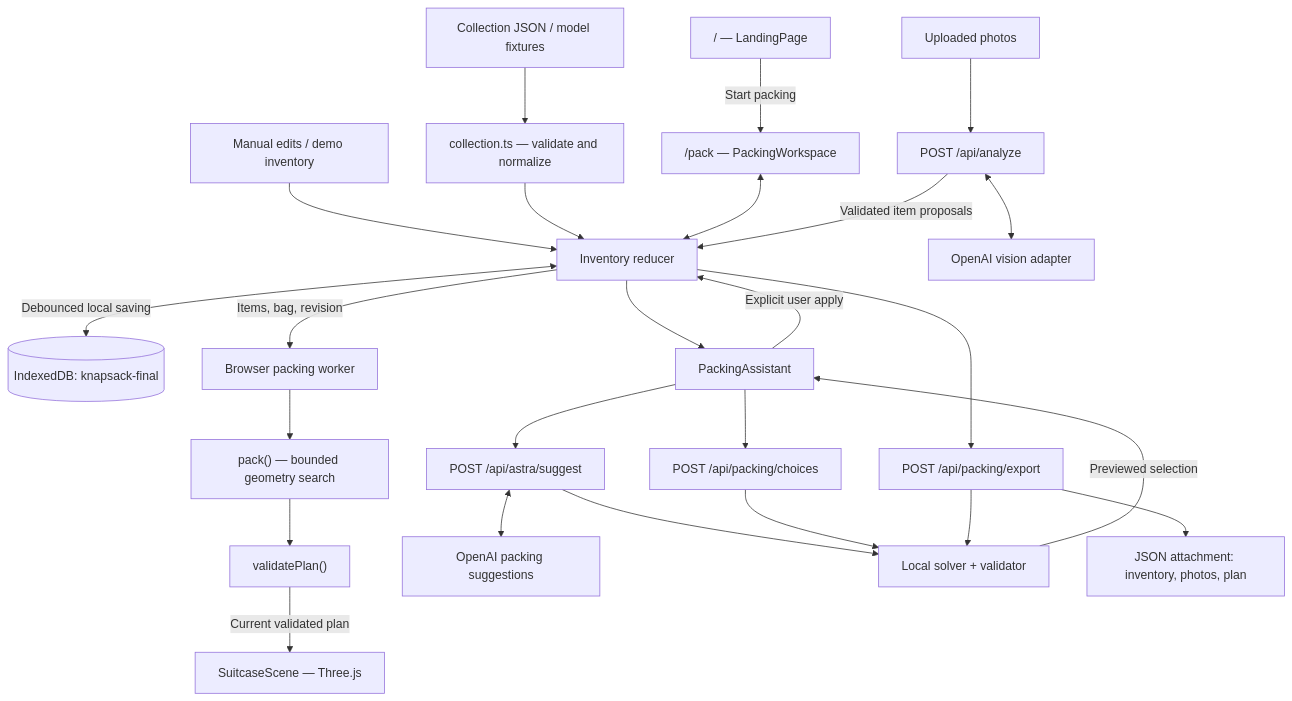
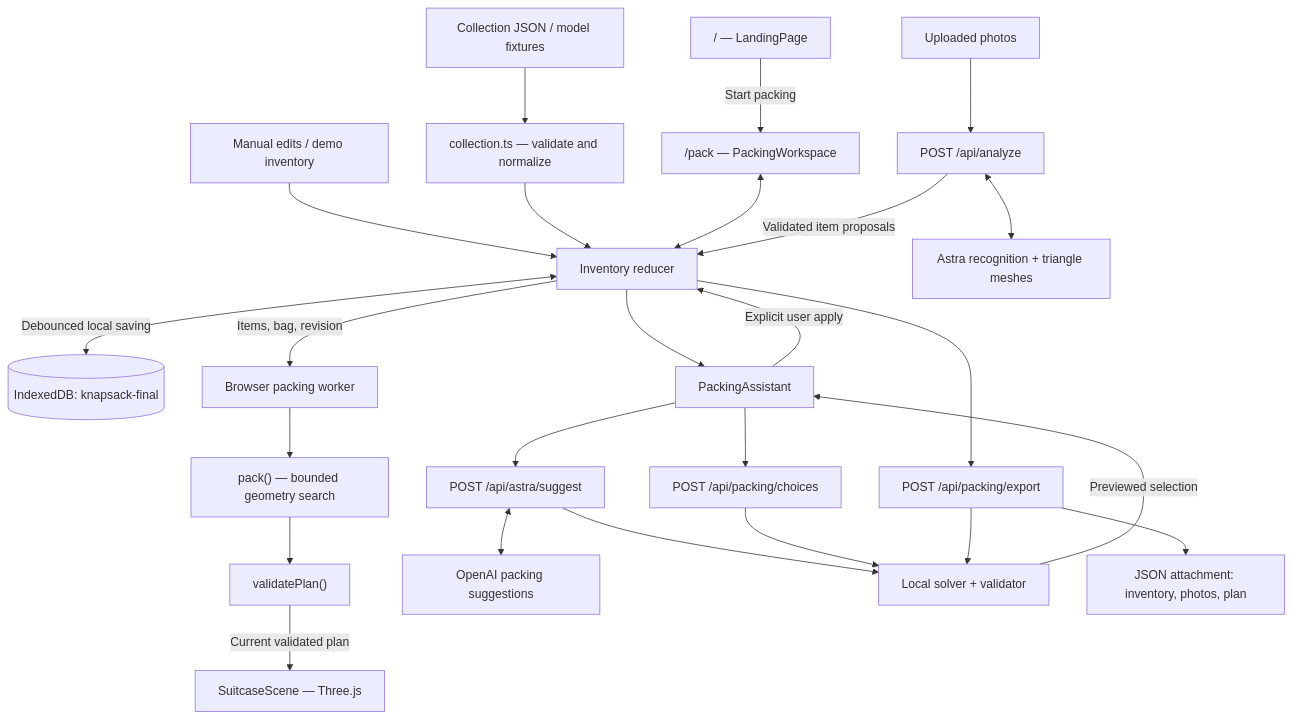
Before and after one commit to Xan1237/knapsack: the diagram in docs/architecture.md, drawn with Mermaid. The commit also changed other lines of this file and 40 other files, not shown here.

Commit message:
Generate item meshes with Astra and animate a two-sided suitcase

````diff
--- a/docs/architecture.md
+++ b/docs/architecture.md
@@ -19,27 +19,27 @@
 ```mermaid
 flowchart TD
   Landing["/ — LandingPage"] -->|Start packing| Workspace["/pack — PackingWorkspace"]
   Manual["Manual edits / demo inventory"] --> State["Inventory reducer"]
   Import["Collection JSON / model fixtures"] --> Adapter["collection.ts — validate and normalize"]
   Adapter --> State
   Workspace <--> State
   State <-->|Debounced local saving| DB[("IndexedDB: knapsack-final")]
   Photos["Uploaded photos"] --> Analyze["POST /api/analyze"]
-  Analyze <--> Vision["OpenAI vision adapter"]
+  Analyze <--> Vision["Astra recognition + triangle meshes"]
   Analyze -->|Validated item proposals| State
   State -->|Items, bag, revision| Worker["Browser packing worker"]
   Worker --> Solver["pack() — bounded geometry search"]
   Solver --> Validator["validatePlan()"]
   Validator -->|Current validated plan| Scene["SuitcaseScene — Three.js"]
   State --> Assistant["PackingAssistant"]
   Assistant --> Astra["POST /api/astra/suggest"]
   Astra <--> Model["OpenAI packing suggestions"]
   Astra --> ServerFit["Local solver + validator"]
   Assistant --> Choices["POST /api/packing/choices"]
   Choices --> ServerFit
   ServerFit -->|Previewed selection| Assistant
   Assistant -->|Explicit user apply| State
   State --> Export["POST /api/packing/export"]
   Export --> ServerFit
   Export --> Download["JSON attachment: inventory, photos, plan"]
 ```
````
